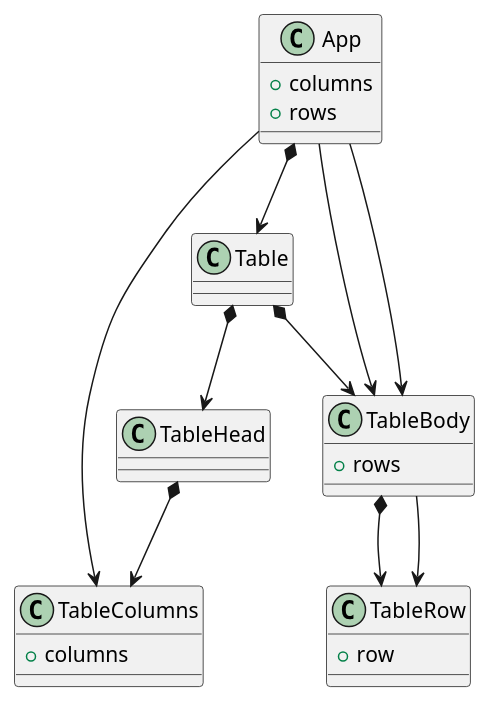
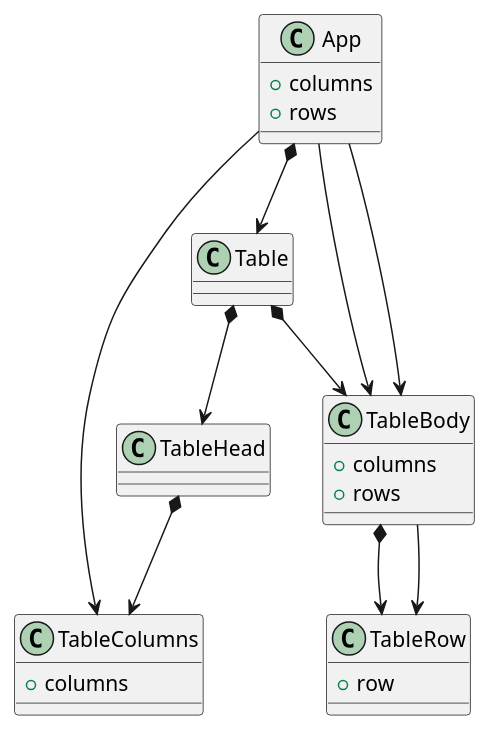
One commit to hondilla/react-course changed the second of 2 diagrams in website/docs/rendering/usestate.md. Above: the diagram before and after it, drawn with PlantUML.

````diff
--- a/website/docs/rendering/usestate.md
+++ b/website/docs/rendering/usestate.md
@@ -177,26 +177,27 @@
 ```plantuml Prop Drilling
 class App {
     + columns
     + rows
 }
 class Table {}
 class TableHead {}
 class TableColumns {
     + columns
 }
 class TableBody {
+    + columns
     + rows
 }
 class TableRow {
     + row
 }
 App *--> Table
 App --> TableColumns
 App --> TableBody
 App --> TableBody
 Table *--> TableHead
 Table *--> TableBody
 TableHead *--> TableColumns
 TableBody *--> TableRow
 TableBody --> TableRow
 ```
````
